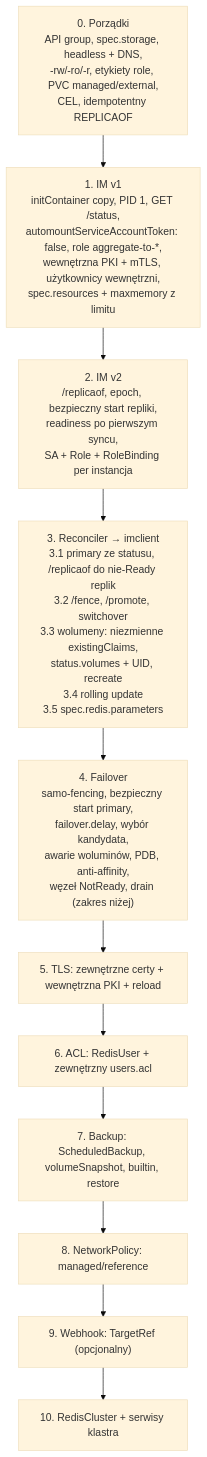
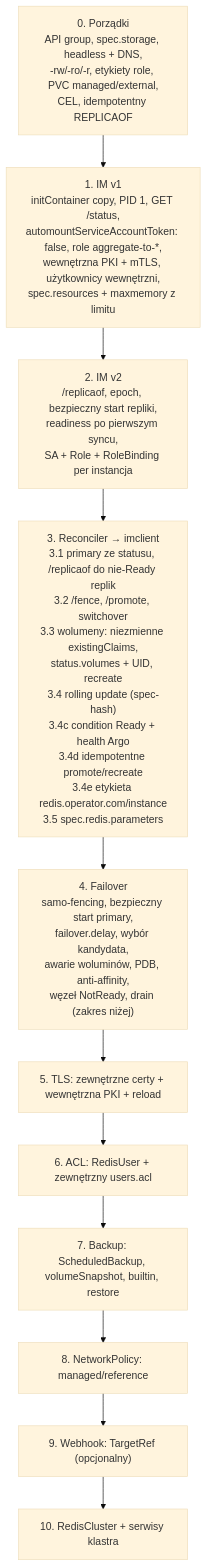
The ninth of 9 diagrams in redis-operator-master-plan.md (MrPickle311/redis-operator), drawn with Mermaid (base theme) before and after one commit. The commit also changed other lines of this file and 5 other files, not shown here.

Commit message:
"Implement rolling updates for Redis Pods with spec hash-based tracking, ensuring safe switchover, and updating tests and documentation."

````diff
--- a/redis-operator-master-plan.md
+++ b/redis-operator-master-plan.md
@@ -885,15 +904,15 @@
 ```mermaid
 graph TD
     S0["0. Porządki<br/>API group, spec.storage, headless + DNS,<br/>-rw/-ro/-r, etykiety role, PVC managed/external,<br/>CEL, idempotentny REPLICAOF"]
     S1["1. IM v1<br/>initContainer copy, PID 1, GET /status,<br/>automountServiceAccountToken: false, role aggregate-to-*,<br/>wewnętrzna PKI + mTLS, użytkownicy wewnętrzni,<br/>spec.resources + maxmemory z limitu"]
     S2["2. IM v2<br/>/replicaof, epoch, bezpieczny start repliki,<br/>readiness po pierwszym syncu,<br/>SA + Role + RoleBinding per instancja"]
-    S3["3. Reconciler → imclient<br/>3.1 primary ze statusu, /replicaof do nie-Ready replik<br/>3.2 /fence, /promote, switchover<br/>3.3 wolumeny: niezmienne existingClaims,<br/>status.volumes + UID, recreate<br/>3.4 rolling update<br/>3.5 spec.redis.parameters"]
+    S3["3. Reconciler → imclient<br/>3.1 primary ze statusu, /replicaof do nie-Ready replik<br/>3.2 /fence, /promote, switchover<br/>3.3 wolumeny: niezmienne existingClaims,<br/>status.volumes + UID, recreate<br/>3.4 rolling update (spec-hash)<br/>3.4c condition Ready + health Argo<br/>3.4d idempotentne promote/recreate<br/>3.4e etykieta redis.operator.com/instance<br/>3.5 spec.redis.parameters"]
     S4["4. Failover<br/>samo-fencing, bezpieczny start primary,<br/>failover.delay, wybór kandydata,<br/>awarie woluminów, PDB, anti-affinity,<br/>węzeł NotReady, drain (zakres niżej)"]
     S5["5. TLS: zewnętrzne certy + wewnętrzna PKI + reload"]
     S6["6. ACL: RedisUser + zewnętrzny users.acl"]
     S7["7. Backup: ScheduledBackup, volumeSnapshot, builtin, restore"]
     S8["8. NetworkPolicy: managed/reference"]
     S9["9. Webhook: TargetRef (opcjonalny)"]
     S10["10. RedisCluster + serwisy klastra"]
     S0 --> S1 --> S2 --> S3 --> S4 --> S5 --> S6 --> S7 --> S8 --> S9 --> S10
 ```
````
